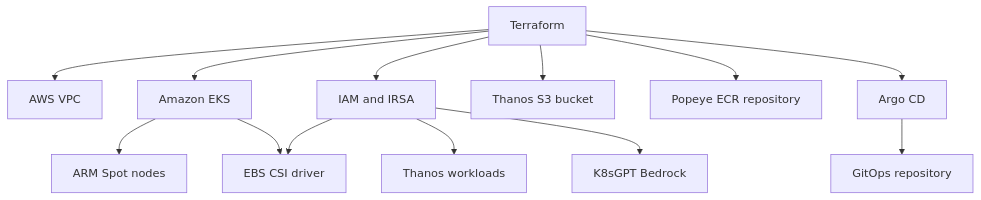
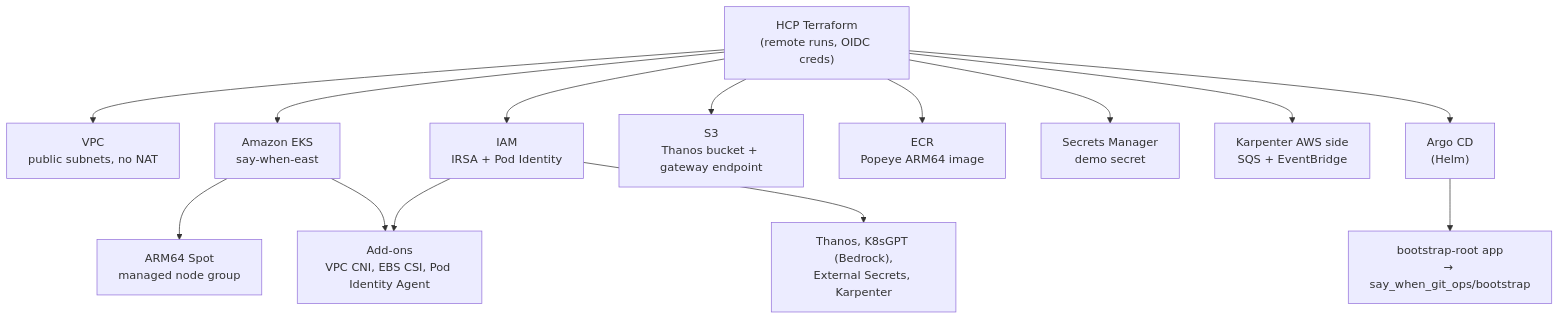
Before and after one commit to earpjennings37/say_when_infra: the diagram in README.md, drawn with Mermaid. The commit also changed other lines of this file, not shown here.

Commit message:
Rewrite README for HCP Terraform, Karpenter, ESO and CI

````diff
--- a/README.md
+++ b/README.md
@@ -23,16 +17,17 @@
 ```mermaid
 flowchart TD
-    Terraform["Terraform"] --> VPC["AWS VPC"]
-    Terraform --> EKS["Amazon EKS"]
-    Terraform --> IAM["IAM and IRSA"]
-    Terraform --> S3["Thanos S3 bucket"]
-    Terraform --> ECR["Popeye ECR repository"]
-    Terraform --> ArgoCD["Argo CD"]
+    HCP["HCP Terraform<br/>(remote runs, OIDC creds)"] --> VPC["VPC<br/>public subnets, no NAT"]
+    HCP --> EKS["Amazon EKS<br/>say-when-east"]
+    HCP --> IAM["IAM<br/>IRSA + Pod Identity"]
+    HCP --> S3["S3<br/>Thanos bucket + gateway endpoint"]
+    HCP --> ECR["ECR<br/>Popeye ARM64 image"]
+    HCP --> SM["Secrets Manager<br/>demo secret"]
+    HCP --> KarpAWS["Karpenter AWS side<br/>SQS + EventBridge"]
+    HCP --> ArgoCD["Argo CD<br/>(Helm)"]
 
-    EKS --> Nodes["ARM Spot nodes"]
-    EKS --> EBS["EBS CSI driver"]
-    IAM --> EBS
-    IAM --> Thanos["Thanos workloads"]
-    IAM --> K8sGPT["K8sGPT Bedrock"]
-    ArgoCD --> GitOps["GitOps repository"]
+    EKS --> Nodes["ARM64 Spot<br/>managed node group"]
+    EKS --> Addons["Add-ons<br/>VPC CNI, EBS CSI, Pod Identity Agent"]
+    IAM --> Addons
+    IAM --> Workloads["Thanos, K8sGPT (Bedrock),<br/>External Secrets, Karpenter"]
+    ArgoCD --> GitOps["bootstrap-root app<br/>→ say_when_git_ops/bootstrap"]
 ```
````
